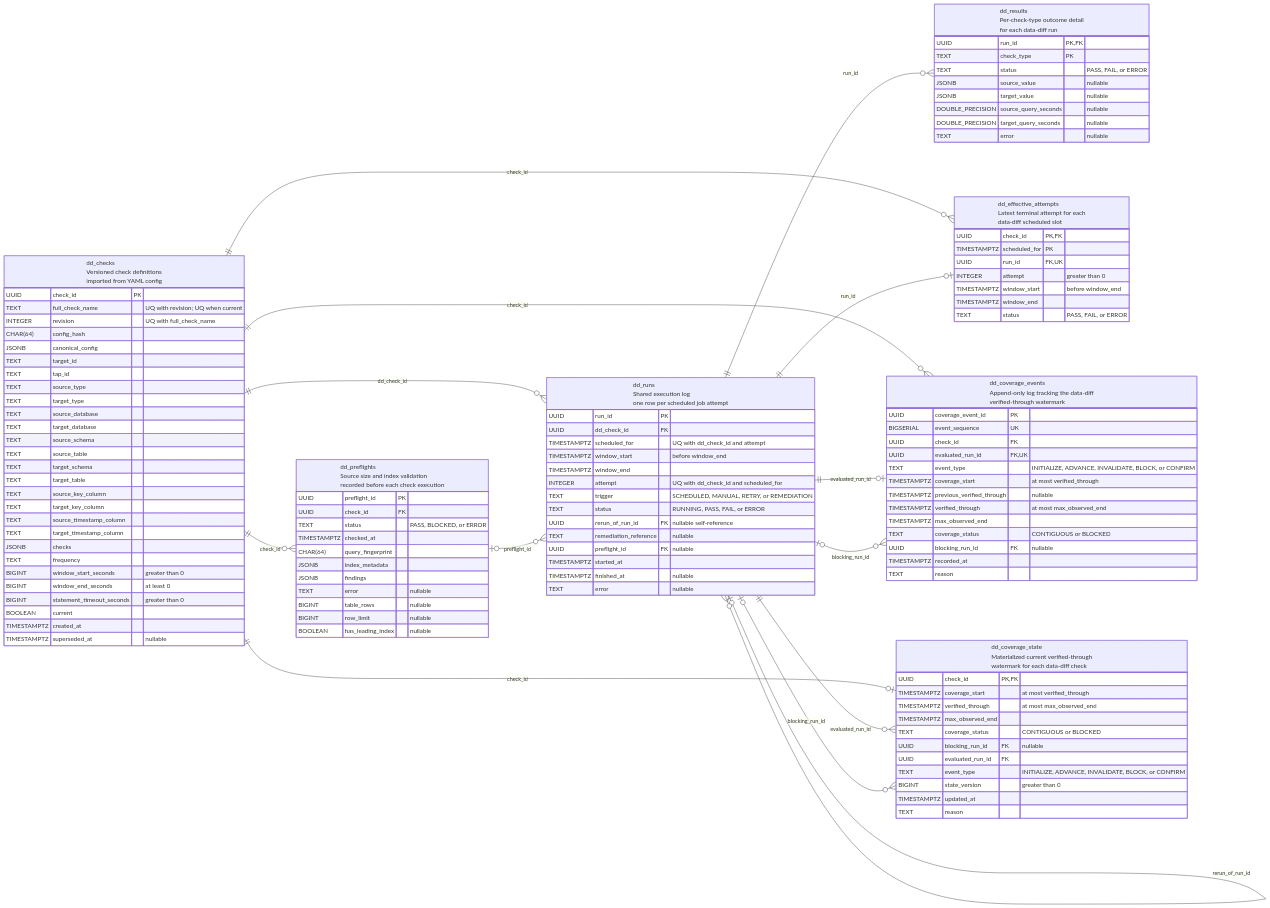
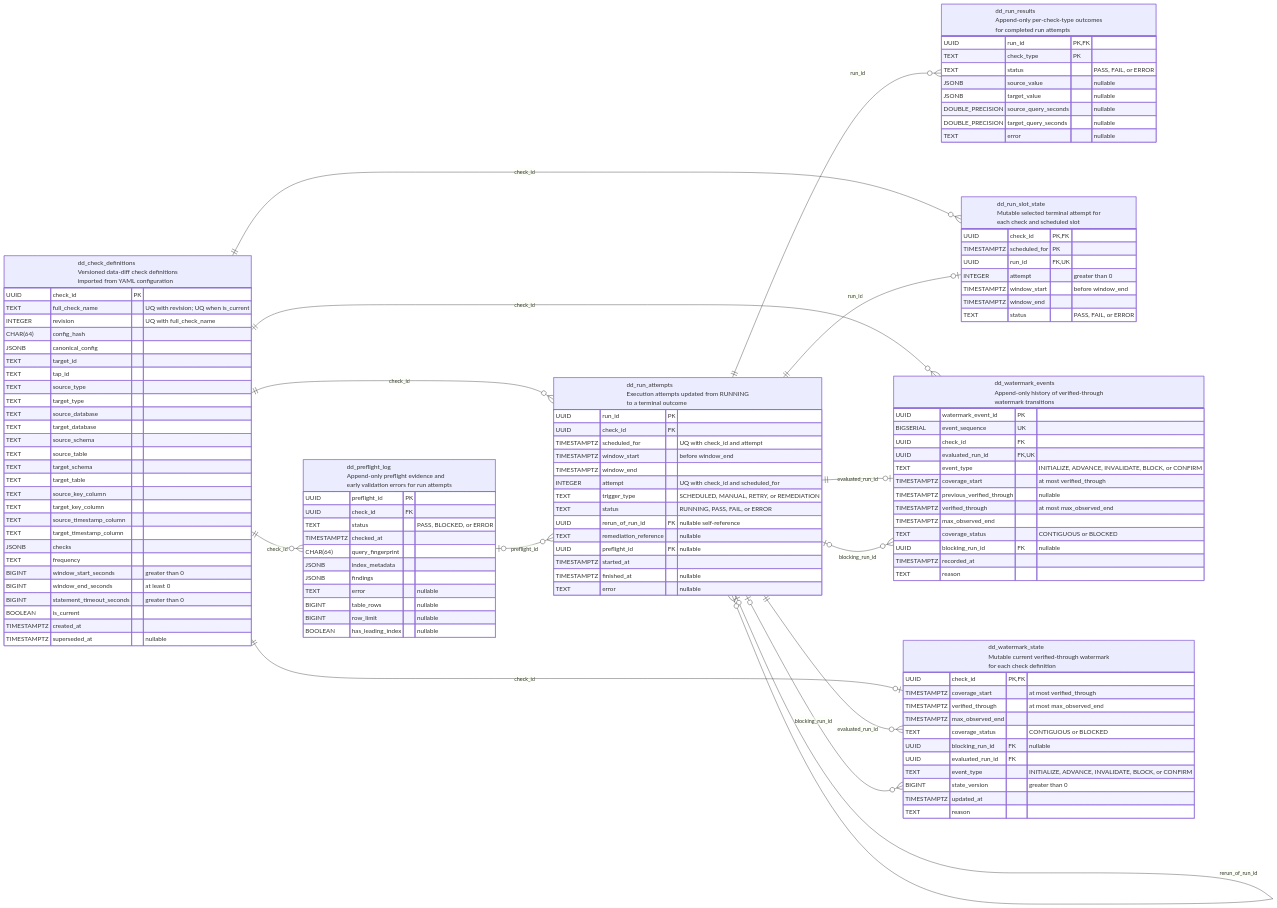
Before and after one commit to transferwise/pipelinewise: the diagram in pipelinewise/backend_db/migrations/versions/001_schema.erd.mmd, drawn with Mermaid. The commit also changed 21 other files, not shown here.

Commit message:
AP-2830 Improve data-diff backend db design for clarity (#1346)

```diff
--- a/pipelinewise/backend_db/migrations/versions/001_schema.erd.mmd
+++ b/pipelinewise/backend_db/migrations/versions/001_schema.erd.mmd
@@ -1,128 +1,128 @@
 %%{init: {"er": {"diagramPadding": 8, "entityPadding": 8}}}%%
 erDiagram
     direction LR
-    dd_checks ||--o{ dd_preflights : check_id
-    dd_checks ||--o{ dd_runs : dd_check_id
-    dd_preflights o|--o{ dd_runs : preflight_id
-    dd_runs o|--o{ dd_runs : rerun_of_run_id
-    dd_runs ||--o{ dd_results : run_id
-    dd_checks ||--o{ dd_effective_attempts : check_id
-    dd_runs ||--o| dd_effective_attempts : run_id
-    dd_checks ||--o{ dd_coverage_events : check_id
-    dd_runs ||--o| dd_coverage_events : evaluated_run_id
-    dd_runs o|--o{ dd_coverage_events : blocking_run_id
-    dd_checks ||--o| dd_coverage_state : check_id
-    dd_runs ||--o{ dd_coverage_state : evaluated_run_id
-    dd_runs o|--o{ dd_coverage_state : blocking_run_id
+    dd_check_definitions ||--o{ dd_preflight_log : check_id
+    dd_check_definitions ||--o{ dd_run_attempts : check_id
+    dd_preflight_log o|--o{ dd_run_attempts : preflight_id
+    dd_run_attempts o|--o{ dd_run_attempts : rerun_of_run_id
+    dd_run_attempts ||--o{ dd_run_results : run_id
+    dd_check_definitions ||--o{ dd_run_slot_state : check_id
+    dd_run_attempts ||--o| dd_run_slot_state : run_id
+    dd_check_definitions ||--o{ dd_watermark_events : check_id
+    dd_run_attempts ||--o| dd_watermark_events : evaluated_run_id
+    dd_run_attempts o|--o{ dd_watermark_events : blocking_run_id
+    dd_check_definitions ||--o| dd_watermark_state : check_id
+    dd_run_attempts ||--o{ dd_watermark_state : evaluated_run_id
+    dd_run_attempts o|--o{ dd_watermark_state : blocking_run_id
 
-    dd_checks["dd_checks<br/>Versioned check definitions<br/>imported from YAML config"] {
+    dd_check_definitions["dd_check_definitions<br/>Versioned data-diff check definitions<br/>imported from YAML configuration"] {
         UUID check_id PK
-        TEXT full_check_name "UQ with revision; UQ when current"
+        TEXT full_check_name "UQ with revision; UQ when is_current"
         INTEGER revision "UQ with full_check_name"
         CHAR(64) config_hash
         JSONB canonical_config
         TEXT target_id
         TEXT tap_id
         TEXT source_type
         TEXT target_type
         TEXT source_database
         TEXT target_database
         TEXT source_schema
         TEXT source_table
         TEXT target_schema
         TEXT target_table
         TEXT source_key_column
         TEXT target_key_column
         TEXT source_timestamp_column
         TEXT target_timestamp_column
         JSONB checks
         TEXT frequency
         BIGINT window_start_seconds "greater than 0"
         BIGINT window_end_seconds "at least 0"
         BIGINT statement_timeout_seconds "greater than 0"
-        BOOLEAN current
+        BOOLEAN is_current
         TIMESTAMPTZ created_at
         TIMESTAMPTZ superseded_at "nullable"
     }
 
-    dd_preflights["dd_preflights<br/>Source size and index validation<br/>recorded before each check execution"] {
+    dd_preflight_log["dd_preflight_log<br/>Append-only preflight evidence and<br/>early validation errors for run attempts"] {
         UUID preflight_id PK
         UUID check_id FK
         TEXT status "PASS, BLOCKED, or ERROR"
         TIMESTAMPTZ checked_at
         CHAR(64) query_fingerprint
         JSONB index_metadata
         JSONB findings
         TEXT error "nullable"
         BIGINT table_rows "nullable"
         BIGINT row_limit "nullable"
         BOOLEAN has_leading_index "nullable"
     }
 
-    dd_runs["dd_runs<br/>Shared execution log<br/>one row per scheduled job attempt"] {
+    dd_run_attempts["dd_run_attempts<br/>Execution attempts updated from RUNNING<br/>to a terminal outcome"] {
         UUID run_id PK
-        UUID dd_check_id FK
-        TIMESTAMPTZ scheduled_for "UQ with dd_check_id and attempt"
+        UUID check_id FK
+        TIMESTAMPTZ scheduled_for "UQ with check_id and attempt"
         TIMESTAMPTZ window_start "before window_end"
         TIMESTAMPTZ window_end
-        INTEGER attempt "UQ with dd_check_id and scheduled_for"
-        TEXT trigger "SCHEDULED, MANUAL, RETRY, or REMEDIATION"
+        INTEGER attempt "UQ with check_id and scheduled_for"
+        TEXT trigger_type "SCHEDULED, MANUAL, RETRY, or REMEDIATION"
         TEXT status "RUNNING, PASS, FAIL, or ERROR"
         UUID rerun_of_run_id FK "nullable self-reference"
         TEXT remediation_reference "nullable"
         UUID preflight_id FK "nullable"
         TIMESTAMPTZ started_at
         TIMESTAMPTZ finished_at "nullable"
         TEXT error "nullable"
     }
 
-    dd_results["dd_results<br/>Per-check-type outcome detail<br/>for each data-diff run"] {
+    dd_run_results["dd_run_results<br/>Append-only per-check-type outcomes<br/>for completed run attempts"] {
         UUID run_id PK, FK
         TEXT check_type PK
         TEXT status "PASS, FAIL, or ERROR"
         JSONB source_value "nullable"
         JSONB target_value "nullable"
         DOUBLE_PRECISION source_query_seconds "nullable"
         DOUBLE_PRECISION target_query_seconds "nullable"
         TEXT error "nullable"
     }
 
-    dd_effective_attempts["dd_effective_attempts<br/>Latest terminal attempt for each<br/>data-diff scheduled slot"] {
+    dd_run_slot_state["dd_run_slot_state<br/>Mutable selected terminal attempt for<br/>each check and scheduled slot"] {
         UUID check_id PK, FK
         TIMESTAMPTZ scheduled_for PK
         UUID run_id FK, UK
         INTEGER attempt "greater than 0"
         TIMESTAMPTZ window_start "before window_end"
         TIMESTAMPTZ window_end
         TEXT status "PASS, FAIL, or ERROR"
     }
 
-    dd_coverage_state["dd_coverage_state<br/>Materialized current verified-through<br/>watermark for each data-diff check"] {
+    dd_watermark_state["dd_watermark_state<br/>Mutable current verified-through watermark<br/>for each check definition"] {
         UUID check_id PK, FK
         TIMESTAMPTZ coverage_start "at most verified_through"
         TIMESTAMPTZ verified_through "at most max_observed_end"
         TIMESTAMPTZ max_observed_end
         TEXT coverage_status "CONTIGUOUS or BLOCKED"
         UUID blocking_run_id FK "nullable"
         UUID evaluated_run_id FK
         TEXT event_type "INITIALIZE, ADVANCE, INVALIDATE, BLOCK, or CONFIRM"
         BIGINT state_version "greater than 0"
         TIMESTAMPTZ updated_at
         TEXT reason
     }
 
-    dd_coverage_events["dd_coverage_events<br/>Append-only log tracking the data-diff<br/>verified-through watermark"] {
-        UUID coverage_event_id PK
+    dd_watermark_events["dd_watermark_events<br/>Append-only history of verified-through<br/>watermark transitions"] {
+        UUID watermark_event_id PK
         BIGSERIAL event_sequence UK
         UUID check_id FK
         UUID evaluated_run_id FK, UK
         TEXT event_type "INITIALIZE, ADVANCE, INVALIDATE, BLOCK, or CONFIRM"
         TIMESTAMPTZ coverage_start "at most verified_through"
         TIMESTAMPTZ previous_verified_through "nullable"
         TIMESTAMPTZ verified_through "at most max_observed_end"
         TIMESTAMPTZ max_observed_end
         TEXT coverage_status "CONTIGUOUS or BLOCKED"
         UUID blocking_run_id FK "nullable"
         TIMESTAMPTZ recorded_at
         TEXT reason
     }
```
